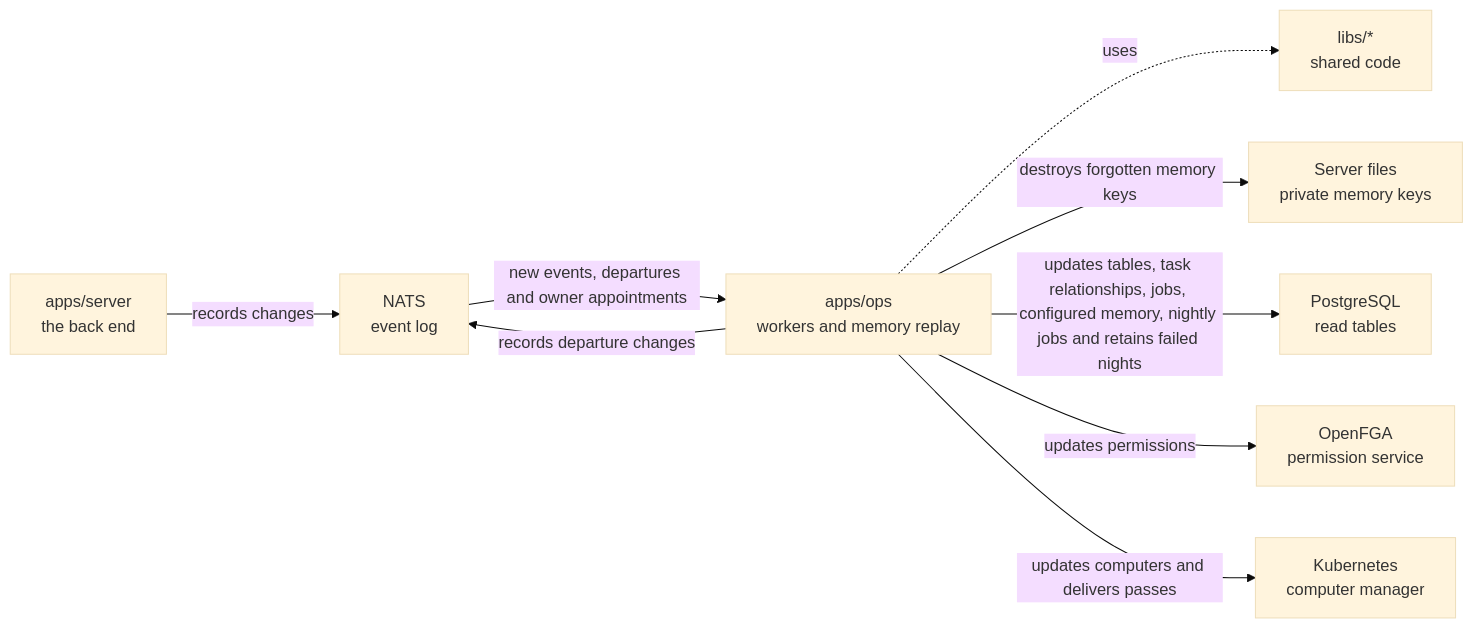
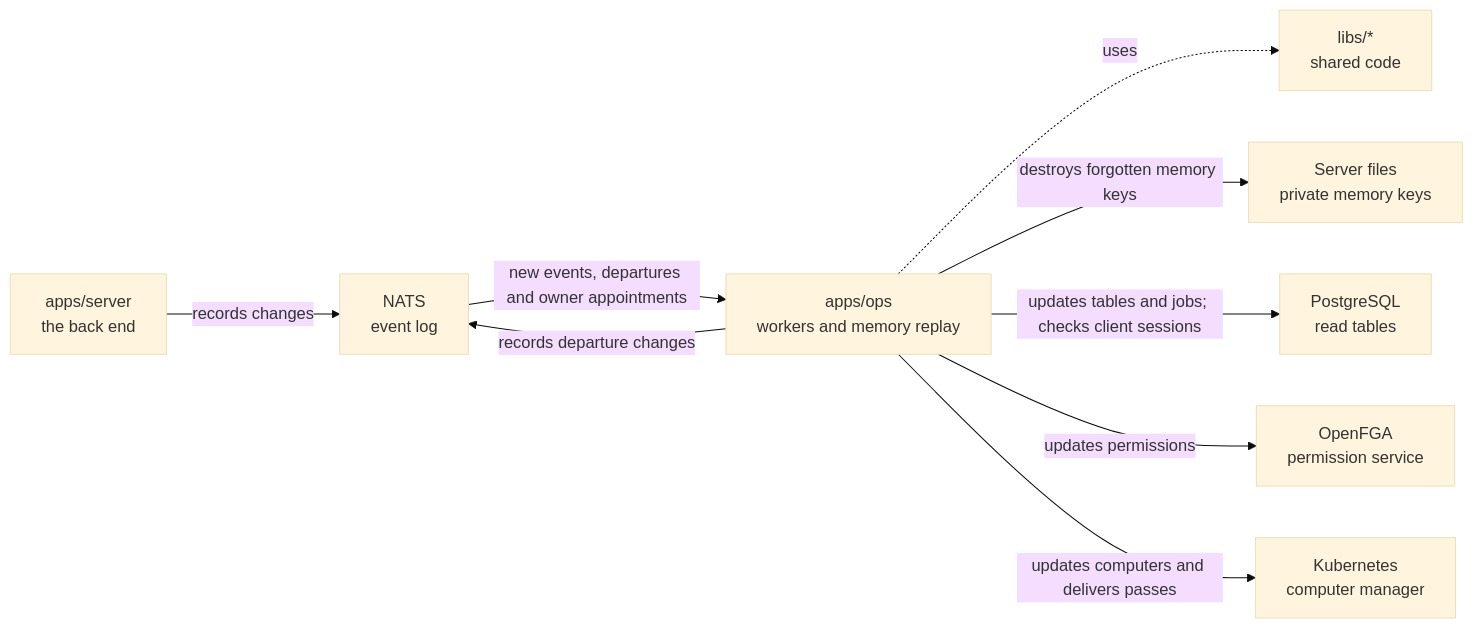
Before and after one commit to elewa-git/opencrane-new: the diagram in apps/ops/README.md, drawn with Mermaid (base theme). The commit also changed other lines of this file and 8 other files, not shown here.

Commit message:
🔧 Handler upgrades ignore PostgreSQL maintenance and tests wait for clients

````diff
--- a/apps/ops/README.md
+++ b/apps/ops/README.md
@@ -11,11 +11,11 @@
 ```mermaid
 flowchart LR
   server["apps/server<br/>the back end"] -->|records changes| nats["NATS<br/>event log"]
   nats -->|new events, departures and owner appointments| ops["apps/ops<br/>workers and memory replay"]
   ops -->|records departure changes| nats
   ops -.->|uses| libs["libs/*<br/>shared code"]
   ops -->|destroys forgotten memory keys| keys["Server files<br/>private memory keys"]
-  ops -->|updates tables, task relationships, jobs, configured memory, nightly jobs and retains failed nights| postgres["PostgreSQL<br/>read tables"]
+  ops -->|updates tables and jobs; checks client sessions| postgres["PostgreSQL<br/>read tables"]
   ops -->|updates permissions| fga["OpenFGA<br/>permission service"]
   ops -->|updates computers and delivers passes| kube["Kubernetes<br/>computer manager"]
 ```
````
